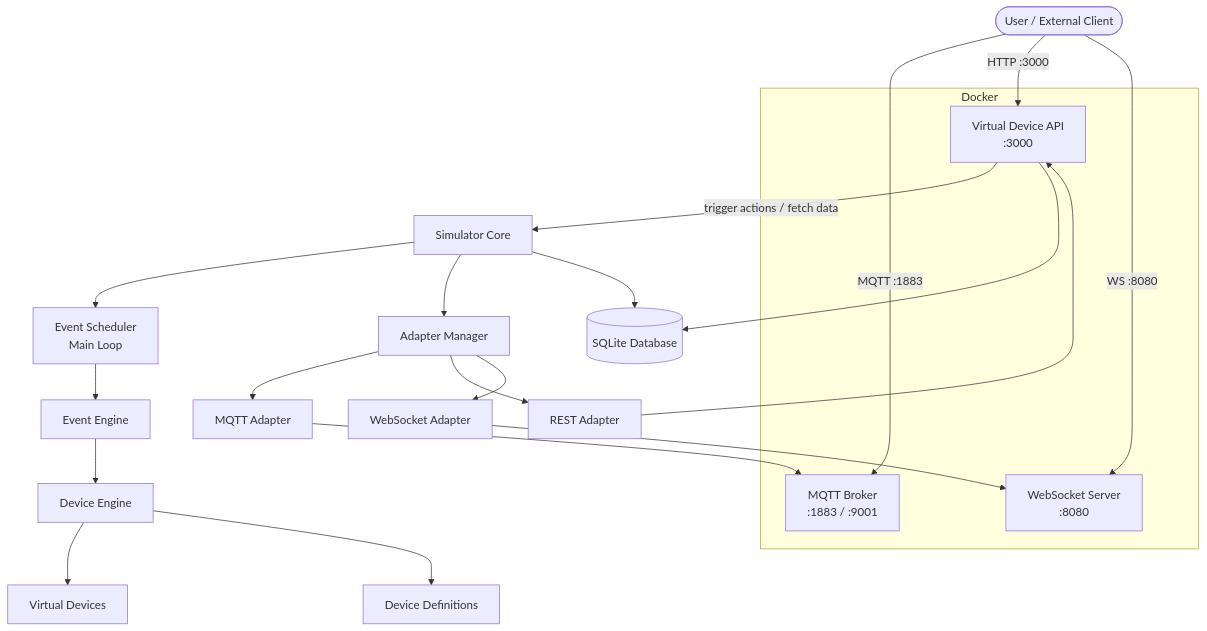
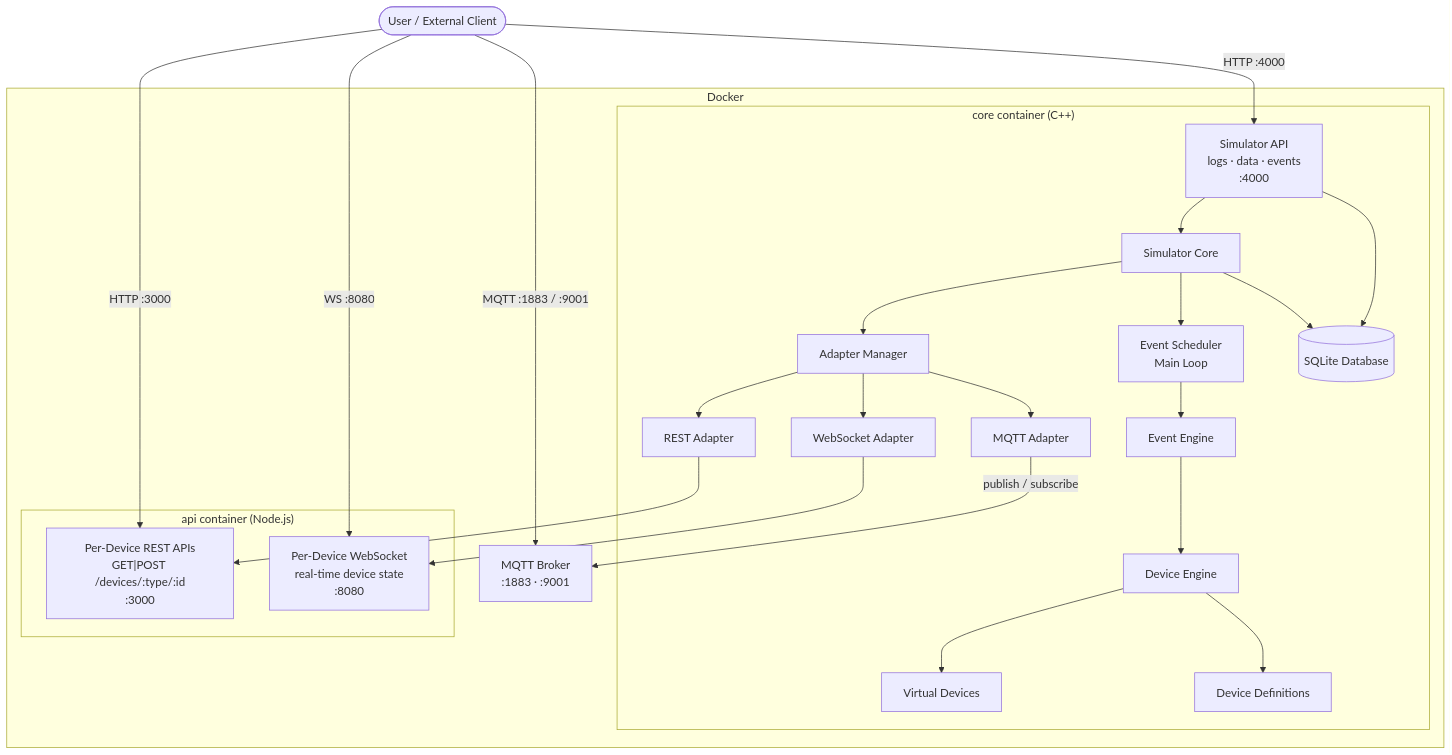
The diagram in ARCHITECTURE.md (YoungMame/smart-home-sim), drawn with Mermaid before and after one commit. The commit also changed 2 other files, not shown here.

Commit message:
fix: architecture description

````diff
--- a/ARCHITECTURE.md
+++ b/ARCHITECTURE.md
@@ -1,54 +1,70 @@
 ```mermaid
 graph TD
 
     USER([User / External Client])
 
     CORE[Simulator Core]
-
     SCHED[Event Scheduler<br>Main Loop]
     EVENT_ENGINE[Event Engine]
     DEVICE_ENGINE[Device Engine]
     DEVICES[Virtual Devices]
-
     ADAPTER_MANAGER[Adapter Manager]
     MQTT_ADAPTER[MQTT Adapter]
     REST_ADAPTER[REST Adapter]
     WS_ADAPTER[WebSocket Adapter]
-
     DEVICE_CONST[Device Definitions]
-
     DB[(SQLite Database)]
 
     subgraph DOCKER["Docker"]
-        MQTT_BROKER["MQTT Broker<br>:1883 / :9001"]
-        API["Virtual Device API<br>:3000"]
-        WS_SERVER["WebSocket Server<br>:8080"]
+
+        subgraph CORE_CTR["core container (C++)"]
+            CORE
+            SCHED
+            EVENT_ENGINE
+            DEVICE_ENGINE
+            DEVICES
+            ADAPTER_MANAGER
+            MQTT_ADAPTER
+            REST_ADAPTER
+            WS_ADAPTER
+            DEVICE_CONST
+            DB
+            SIM_API["Simulator API<br>logs · data · events<br>:4000"]
+        end
+
+        subgraph API_CTR["api container (Node.js)"]
+            DEVICE_REST["Per-Device REST APIs<br>GET|POST /devices/:type/:id<br>:3000"]
+            DEVICE_WS["Per-Device WebSocket<br>real-time device state<br>:8080"]
+        end
+
+        MQTT_BROKER["MQTT Broker<br>:1883 · :9001"]
+
     end
 
-    USER -->|"MQTT :1883"| MQTT_BROKER
-    USER -->|"HTTP :3000"| API
-    USER -->|"WS :8080"| WS_SERVER
+    USER -->|"MQTT :1883 / :9001"| MQTT_BROKER
+    USER -->|"HTTP :3000"| DEVICE_REST
+    USER -->|"WS :8080"| DEVICE_WS
+    USER -->|"HTTP :4000"| SIM_API
 
-    API -->|trigger actions / fetch data| CORE
+    SIM_API --> CORE
 
     CORE --> SCHED
     SCHED --> EVENT_ENGINE
     EVENT_ENGINE --> DEVICE_ENGINE
     DEVICE_ENGINE --> DEVICES
 
     CORE --> ADAPTER_MANAGER
-
     ADAPTER_MANAGER --> MQTT_ADAPTER
     ADAPTER_MANAGER --> REST_ADAPTER
     ADAPTER_MANAGER --> WS_ADAPTER
 
-    MQTT_ADAPTER --> MQTT_BROKER
-    REST_ADAPTER --> API
-    WS_ADAPTER --> WS_SERVER
+    MQTT_ADAPTER -->|"publish / subscribe"| MQTT_BROKER
+    REST_ADAPTER --> DEVICE_REST
+    WS_ADAPTER --> DEVICE_WS
 
     DEVICE_ENGINE --> DEVICE_CONST
 
     CORE --> DB
-    API --> DB
+    SIM_API --> DB
 
 ```
````
